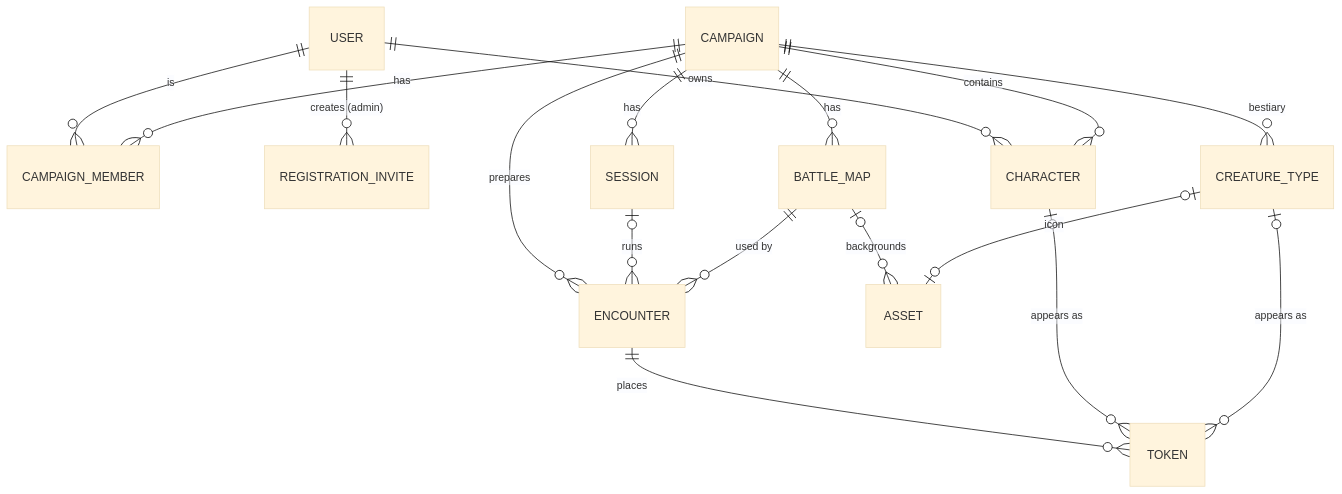
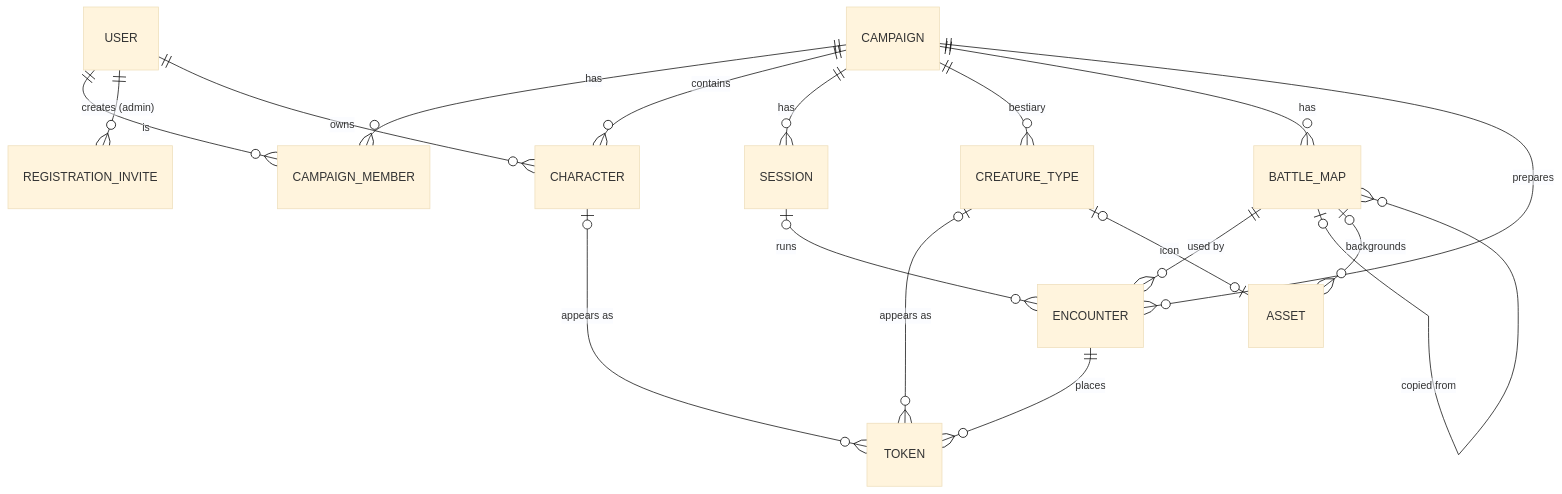
One commit to otressler/oreanas-office changed the diagram in knowledge/domain/data-model.md. Above: the diagram before and after it, drawn with Mermaid (base theme). The commit also changed 10 other files, not shown here.

````diff
--- a/knowledge/domain/data-model.md
+++ b/knowledge/domain/data-model.md
@@ -16,19 +16,20 @@
 ```mermaid
 erDiagram
     USER ||--o{ CAMPAIGN_MEMBER : "is"
     USER ||--o{ REGISTRATION_INVITE : "creates (admin)"
     CAMPAIGN ||--o{ CAMPAIGN_MEMBER : "has"
     USER ||--o{ CHARACTER : "owns"
     CAMPAIGN ||--o{ CHARACTER : "contains"
     CAMPAIGN ||--o{ SESSION : "has"
     CAMPAIGN ||--o{ CREATURE_TYPE : "bestiary"
     CAMPAIGN ||--o{ BATTLE_MAP : "has"
     CAMPAIGN ||--o{ ENCOUNTER : "prepares"
     SESSION |o--o{ ENCOUNTER : "runs"
     BATTLE_MAP ||--o{ ENCOUNTER : "used by"
+    BATTLE_MAP |o--o{ BATTLE_MAP : "copied from"
     ENCOUNTER ||--o{ TOKEN : "places"
     CHARACTER |o--o{ TOKEN : "appears as"
     CREATURE_TYPE |o--o{ TOKEN : "appears as"
     BATTLE_MAP |o--o{ ASSET : "backgrounds"
     CREATURE_TYPE |o--o| ASSET : "icon"
 ```
````
